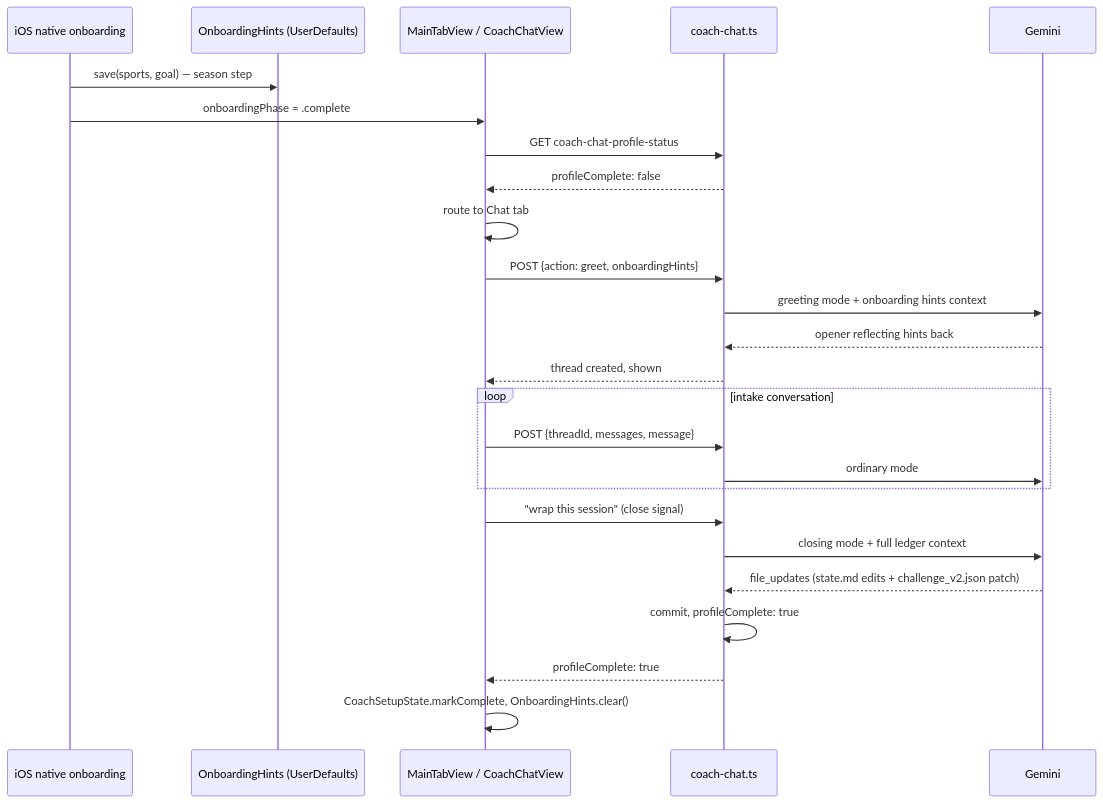
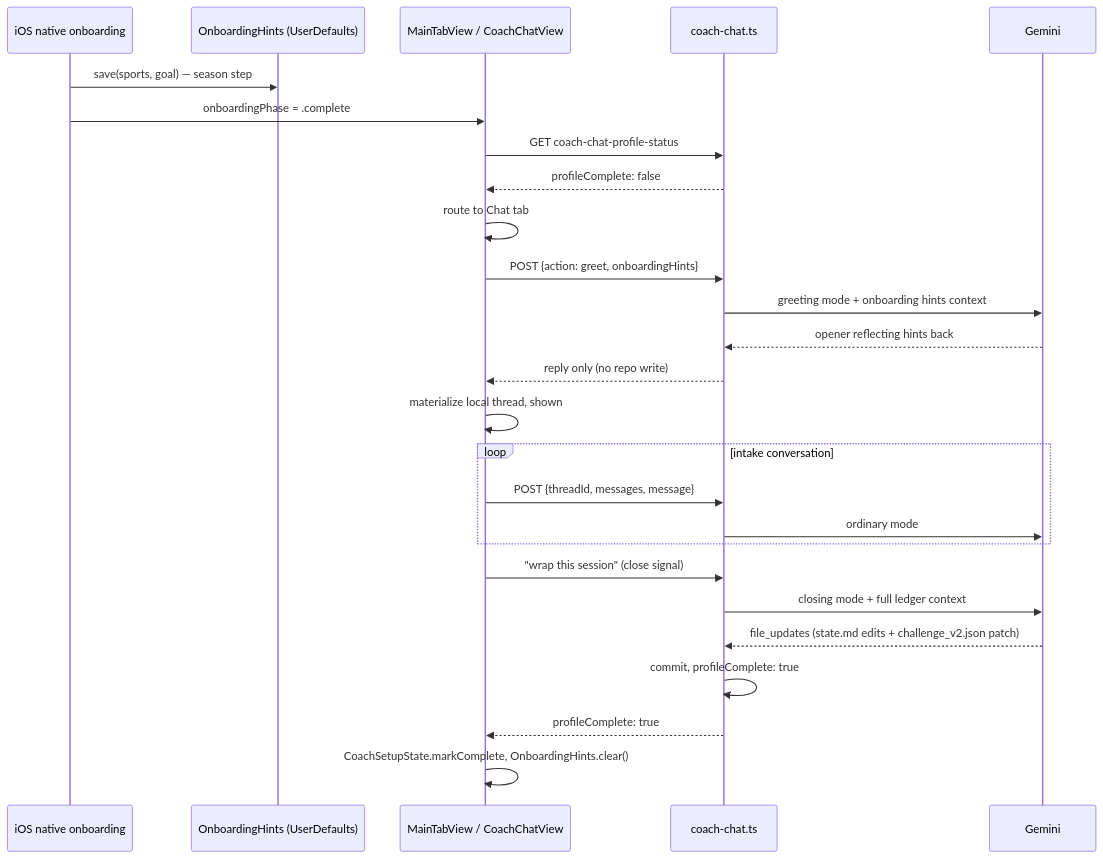
One commit to sibling-shipyard/coach-hq changed the fourth of 4 diagrams in docs/eng-docs/coach-chat-flow.md. Above: the diagram before and after it, drawn with Mermaid. The commit also changed other lines of this file and 1 other file, not shown here.

````diff
--- a/docs/eng-docs/coach-chat-flow.md
+++ b/docs/eng-docs/coach-chat-flow.md
@@ -220,27 +287,28 @@
 ```mermaid
 sequenceDiagram
     participant Native as iOS native onboarding
     participant Hints as OnboardingHints (UserDefaults)
     participant App as MainTabView / CoachChatView
     participant Server as coach-chat.ts
     participant Gemini
     Native->>Hints: save(sports, goal) — season step
     Native->>App: onboardingPhase = .complete
     App->>Server: GET coach-chat-profile-status
     Server-->>App: profileComplete: false
     App->>App: route to Chat tab
     App->>Server: POST {action: greet, onboardingHints}
     Server->>Gemini: greeting mode + onboarding hints context
     Gemini-->>Server: opener reflecting hints back
-    Server-->>App: thread created, shown
+    Server-->>App: reply only (no repo write)
+    App->>App: materialize local thread, shown
     loop intake conversation
         App->>Server: POST {threadId, messages, message}
         Server->>Gemini: ordinary mode
     end
     App->>Server: "wrap this session" (close signal)
     Server->>Gemini: closing mode + full ledger context
     Gemini-->>Server: file_updates (state.md edits + challenge_v2.json patch)
     Server->>Server: commit, profileComplete: true
     Server-->>App: profileComplete: true
     App->>App: CoachSetupState.markComplete, OnboardingHints.clear()
 ```
````
